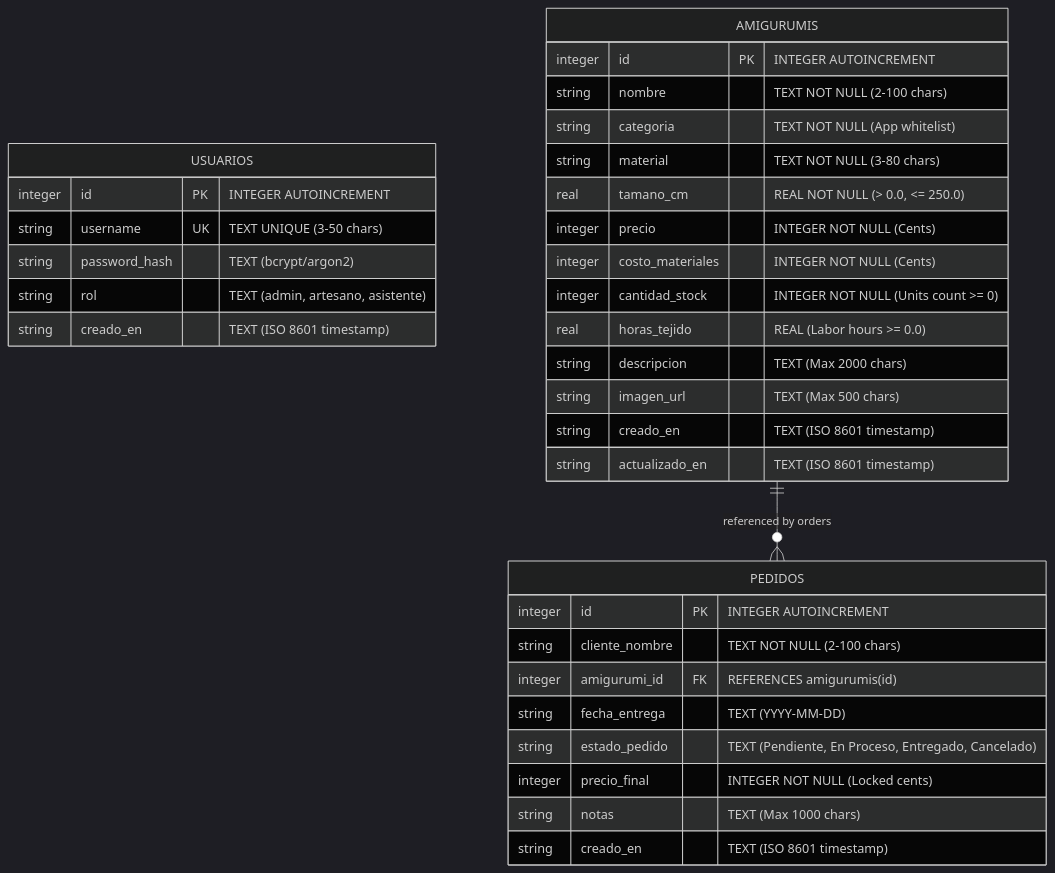
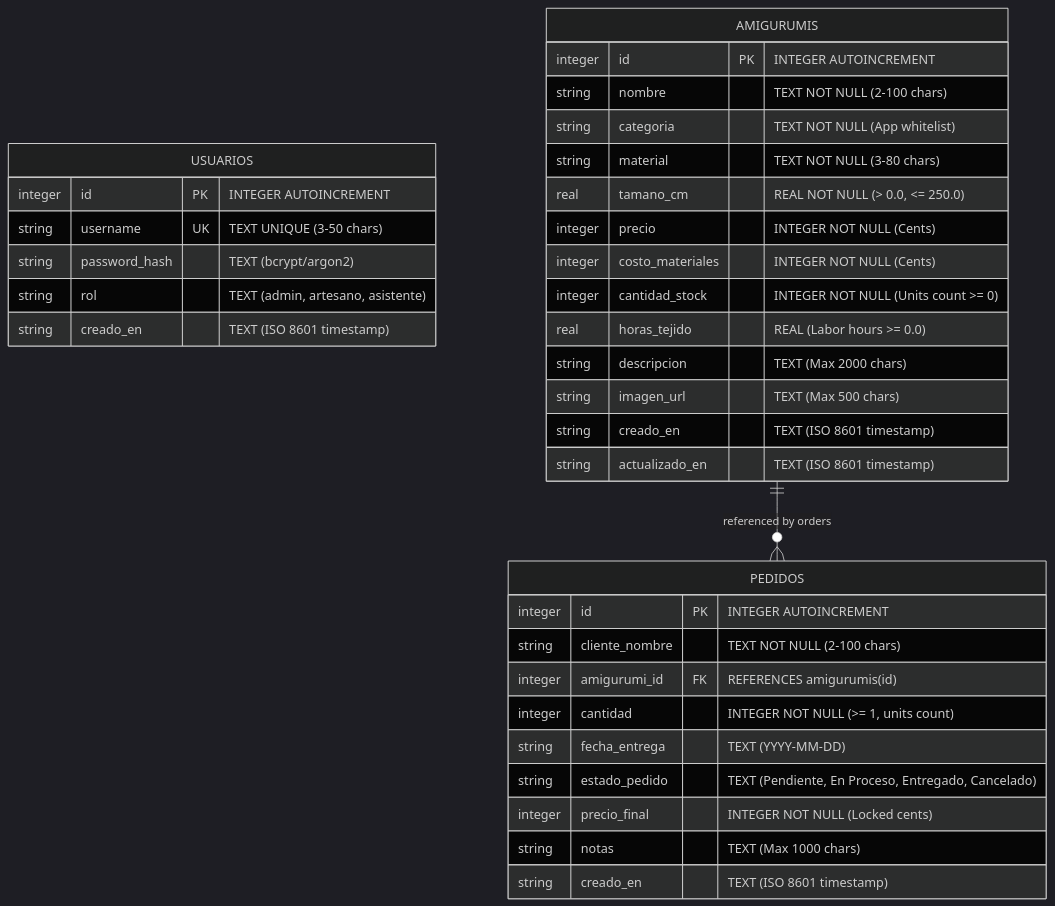
The diagram in docs/database-schema.md (AngelKero/amigurumi-manager), drawn with Mermaid (dark theme) before and after one commit. The commit also changed other lines of this file and 8 other files, not shown here.

````diff
--- a/docs/database-schema.md
+++ b/docs/database-schema.md
@@ -9,39 +9,40 @@
 ```mermaid
 erDiagram
     USUARIOS {
         integer id PK "INTEGER AUTOINCREMENT"
         string username UK "TEXT UNIQUE (3-50 chars)"
         string password_hash "TEXT (bcrypt/argon2)"
         string rol "TEXT (admin, artesano, asistente)"
         string creado_en "TEXT (ISO 8601 timestamp)"
     }
 
     AMIGURUMIS {
         integer id PK "INTEGER AUTOINCREMENT"
         string nombre "TEXT NOT NULL (2-100 chars)"
         string categoria "TEXT NOT NULL (App whitelist)"
         string material "TEXT NOT NULL (3-80 chars)"
         real tamano_cm "REAL NOT NULL (> 0.0, <= 250.0)"
         integer precio "INTEGER NOT NULL (Cents)"
         integer costo_materiales "INTEGER NOT NULL (Cents)"
         integer cantidad_stock "INTEGER NOT NULL (Units count >= 0)"
         real horas_tejido "REAL (Labor hours >= 0.0)"
         string descripcion "TEXT (Max 2000 chars)"
         string imagen_url "TEXT (Max 500 chars)"
         string creado_en "TEXT (ISO 8601 timestamp)"
         string actualizado_en "TEXT (ISO 8601 timestamp)"
     }
 
     PEDIDOS {
         integer id PK "INTEGER AUTOINCREMENT"
         string cliente_nombre "TEXT NOT NULL (2-100 chars)"
         integer amigurumi_id FK "REFERENCES amigurumis(id)"
+        integer cantidad "INTEGER NOT NULL (>= 1, units count)"
         string fecha_entrega "TEXT (YYYY-MM-DD)"
         string estado_pedido "TEXT (Pendiente, En Proceso, Entregado, Cancelado)"
         integer precio_final "INTEGER NOT NULL (Locked cents)"
         string notas "TEXT (Max 1000 chars)"
         string creado_en "TEXT (ISO 8601 timestamp)"
     }
 
     AMIGURUMIS ||--o{ PEDIDOS : "referenced by orders"
 ```
````
